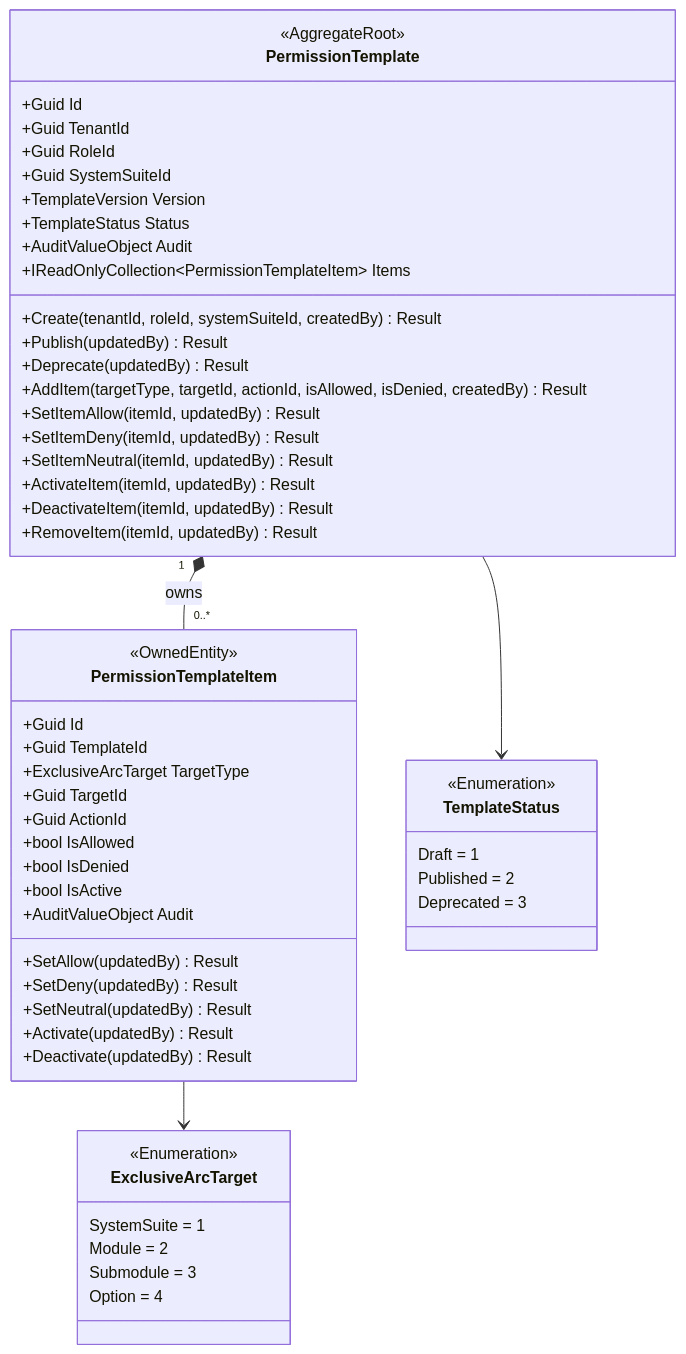
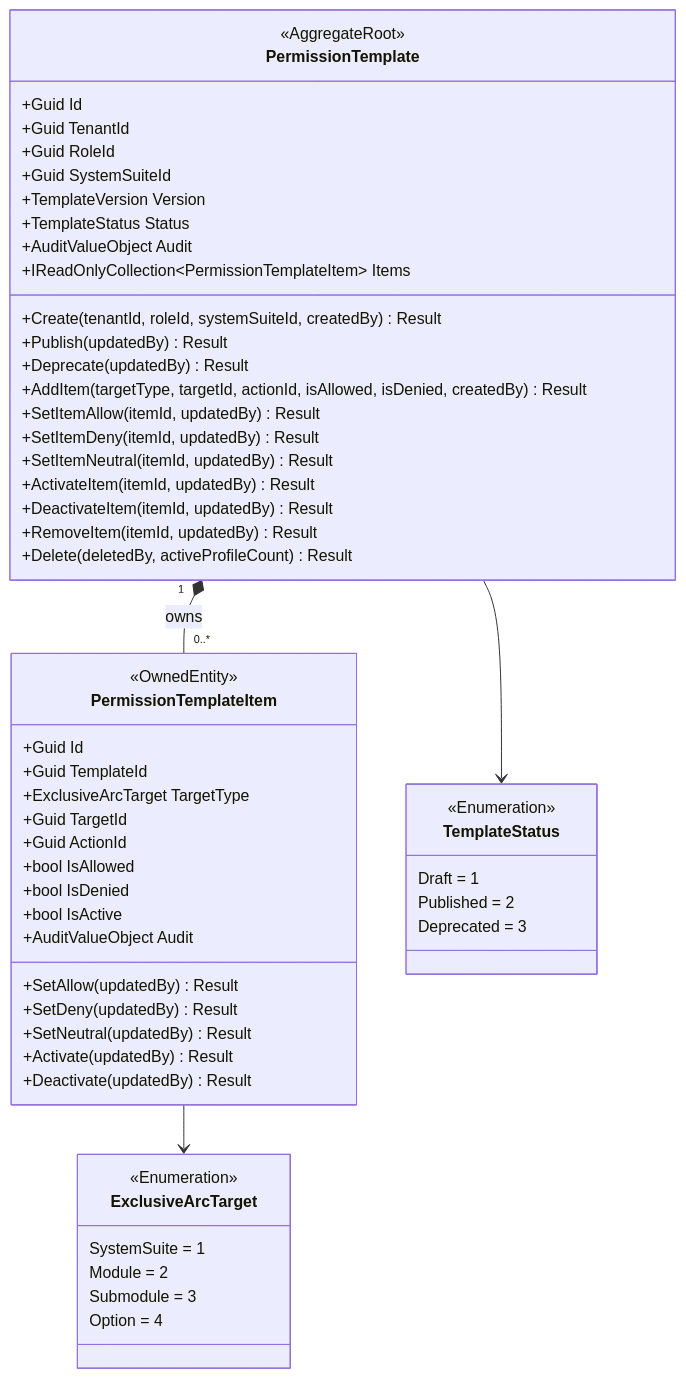
The second of 7 diagrams in docs/domain/authorization/permission-template.md (beyondnetcode/ums), drawn with Mermaid before and after one commit. The commit also changed other lines of this file and 105 other files, not shown here.

````diff
--- a/docs/domain/authorization/permission-template.md
+++ b/docs/domain/authorization/permission-template.md
@@ -148,63 +151,64 @@
 ```mermaid
 classDiagram
     direction TB
 
     class PermissionTemplate {
         <<AggregateRoot>>
         +Guid Id
         +Guid TenantId
         +Guid RoleId
         +Guid SystemSuiteId
         +TemplateVersion Version
         +TemplateStatus Status
         +AuditValueObject Audit
         +IReadOnlyCollection~PermissionTemplateItem~ Items
         +Create(tenantId, roleId, systemSuiteId, createdBy) Result
         +Publish(updatedBy) Result
         +Deprecate(updatedBy) Result
         +AddItem(targetType, targetId, actionId, isAllowed, isDenied, createdBy) Result
         +SetItemAllow(itemId, updatedBy) Result
         +SetItemDeny(itemId, updatedBy) Result
         +SetItemNeutral(itemId, updatedBy) Result
         +ActivateItem(itemId, updatedBy) Result
         +DeactivateItem(itemId, updatedBy) Result
         +RemoveItem(itemId, updatedBy) Result
+        +Delete(deletedBy, activeProfileCount) Result
     }
 
     class PermissionTemplateItem {
         <<OwnedEntity>>
         +Guid Id
         +Guid TemplateId
         +ExclusiveArcTarget TargetType
         +Guid TargetId
         +Guid ActionId
         +bool IsAllowed
         +bool IsDenied
         +bool IsActive
         +AuditValueObject Audit
         +SetAllow(updatedBy) Result
         +SetDeny(updatedBy) Result
         +SetNeutral(updatedBy) Result
         +Activate(updatedBy) Result
         +Deactivate(updatedBy) Result
     }
 
     class TemplateStatus {
         <<Enumeration>>
         Draft = 1
         Published = 2
         Deprecated = 3
     }
 
     class ExclusiveArcTarget {
         <<Enumeration>>
         SystemSuite = 1
         Module = 2
         Submodule = 3
         Option = 4
     }
 
     PermissionTemplate "1" *-- "0..*" PermissionTemplateItem : owns
     PermissionTemplate --> TemplateStatus
     PermissionTemplateItem --> ExclusiveArcTarget
 ```
````
